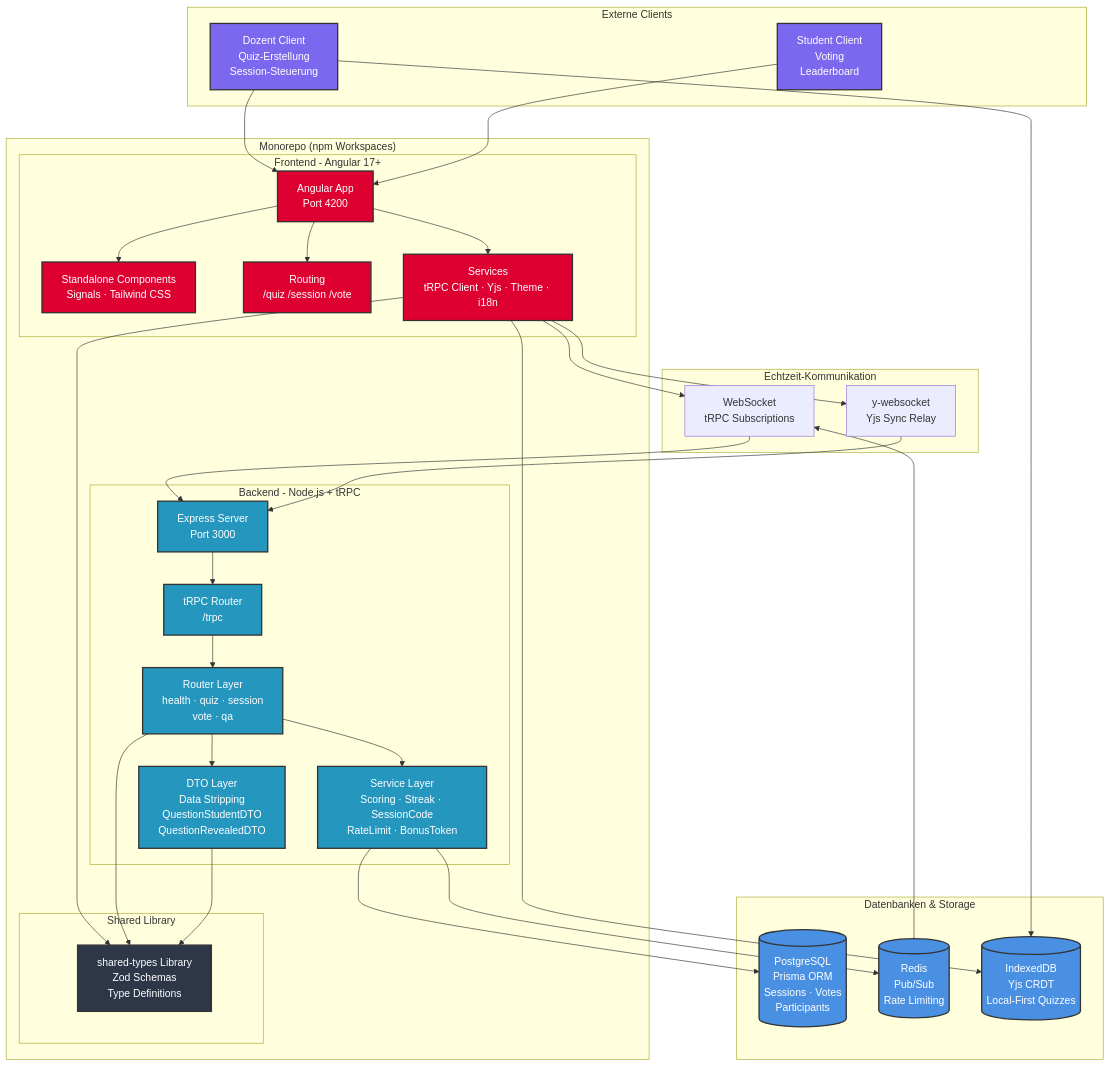
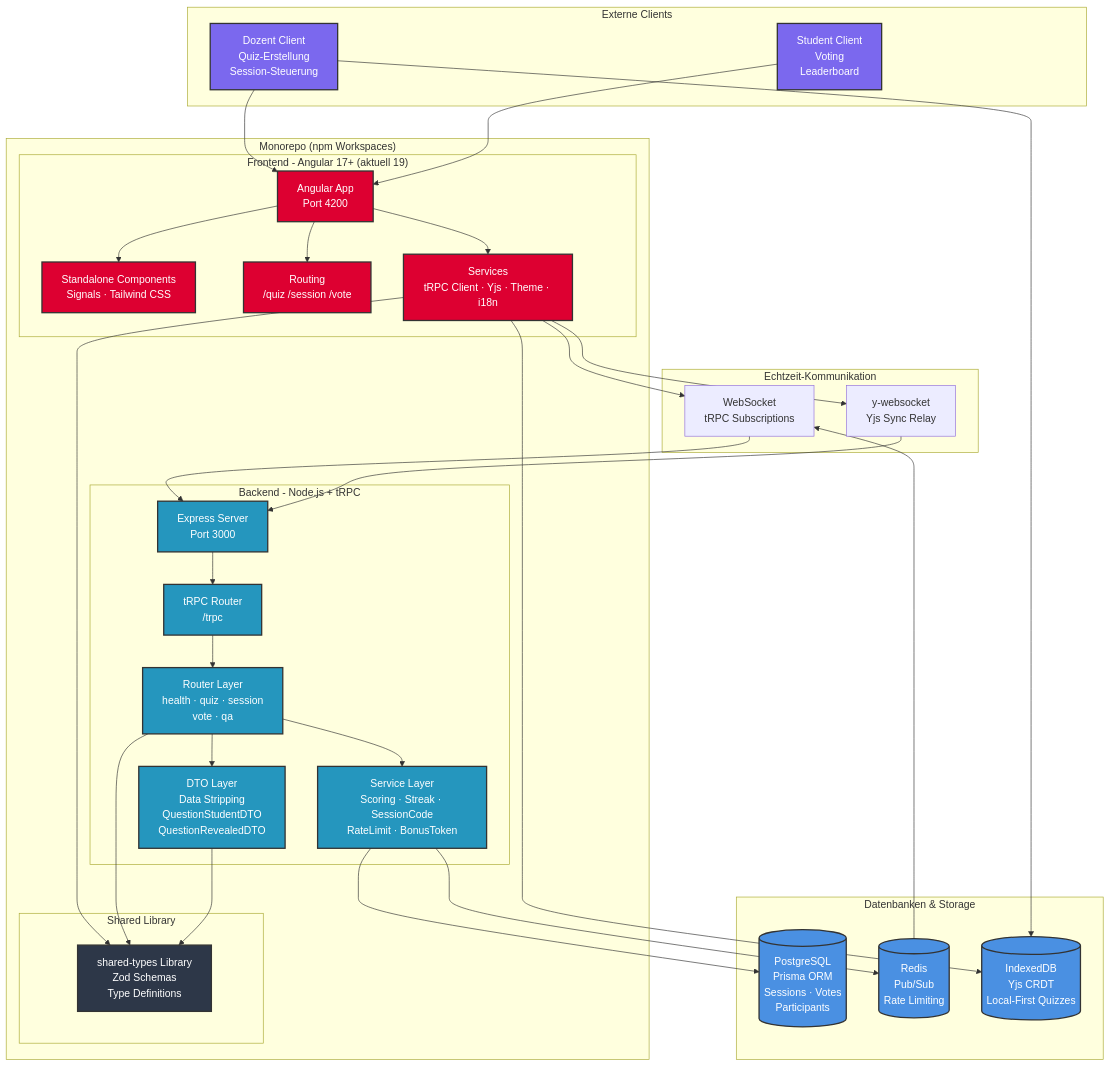
Before and after one commit to kqc-real/arsnova-click-v3: the first of 6 diagrams in docs/diagrams/architecture-overview.md, drawn with Mermaid. The commit also changed other lines of this file and 10 other files, not shown here.

````diff
--- a/docs/diagrams/architecture-overview.md
+++ b/docs/diagrams/architecture-overview.md
@@ -8,81 +8,81 @@
 ```mermaid
 graph TB
     subgraph "Monorepo (npm Workspaces)"
-        subgraph "Frontend - Angular 17+"
+        subgraph "Frontend - Angular 17+ (aktuell 19)"
             FE[Angular App<br/>Port 4200]
             FE_COMP[Standalone Components<br/>Signals · Tailwind CSS]
             FE_ROUTES[Routing<br/>/quiz /session /vote]
             FE_SERVICES[Services<br/>tRPC Client · Yjs · Theme · i18n]
         end
         
         subgraph "Backend - Node.js + tRPC"
             BE[Express Server<br/>Port 3000]
             TRPC[tRPC Router<br/>/trpc]
             ROUTERS[Router Layer<br/>health · quiz · session<br/>vote · qa]
             SERVICES[Service Layer<br/>Scoring · Streak · SessionCode<br/>RateLimit · BonusToken]
             DTO[DTO Layer<br/>Data Stripping<br/>QuestionStudentDTO<br/>QuestionRevealedDTO]
         end
         
         subgraph "Shared Library"
             SHARED[shared-types Library<br/>Zod Schemas<br/>Type Definitions]
         end
     end
     
     subgraph "Datenbanken & Storage"
         PG[(PostgreSQL<br/>Prisma ORM<br/>Sessions · Votes<br/>Participants)]
         REDIS[(Redis<br/>Pub/Sub<br/>Rate Limiting)]
         IDB[(IndexedDB<br/>Yjs CRDT<br/>Local-First Quizzes)]
     end
     
     subgraph "Externe Clients"
         DOZENT[Dozent Client<br/>Quiz-Erstellung<br/>Session-Steuerung]
         STUDENT[Student Client<br/>Voting<br/>Leaderboard]
     end
     
     subgraph "Echtzeit-Kommunikation"
         WS[WebSocket<br/>tRPC Subscriptions]
         YWS[y-websocket<br/>Yjs Sync Relay]
     end
     
     %% Frontend-Verbindungen
     FE --> FE_COMP
     FE --> FE_ROUTES
     FE --> FE_SERVICES
     FE_SERVICES --> SHARED
     FE_SERVICES --> WS
     FE_SERVICES --> YWS
     FE_SERVICES --> IDB
     
     %% Backend-Verbindungen
     BE --> TRPC
     TRPC --> ROUTERS
     ROUTERS --> SERVICES
     ROUTERS --> DTO
     SERVICES --> PG
     SERVICES --> REDIS
     ROUTERS --> SHARED
     DTO --> SHARED
     
     %% Echtzeit-Verbindungen
     WS --> BE
     YWS --> BE
     REDIS --> WS
     
     %% Client-Verbindungen
     DOZENT --> FE
     STUDENT --> FE
     DOZENT --> IDB
     
     %% Styling
     classDef frontend fill:#DD0031,stroke:#333,stroke-width:2px,color:#fff
     classDef backend fill:#2596be,stroke:#333,stroke-width:2px,color:#fff
     classDef shared fill:#2D3748,stroke:#333,stroke-width:2px,color:#fff
     classDef database fill:#4A90E2,stroke:#333,stroke-width:2px,color:#fff
     classDef client fill:#7B68EE,stroke:#333,stroke-width:2px,color:#fff
     
     class FE,FE_COMP,FE_ROUTES,FE_SERVICES frontend
     class BE,TRPC,ROUTERS,SERVICES,DTO backend
     class SHARED shared
     class PG,REDIS,IDB database
     class DOZENT,STUDENT client
 ```
````
